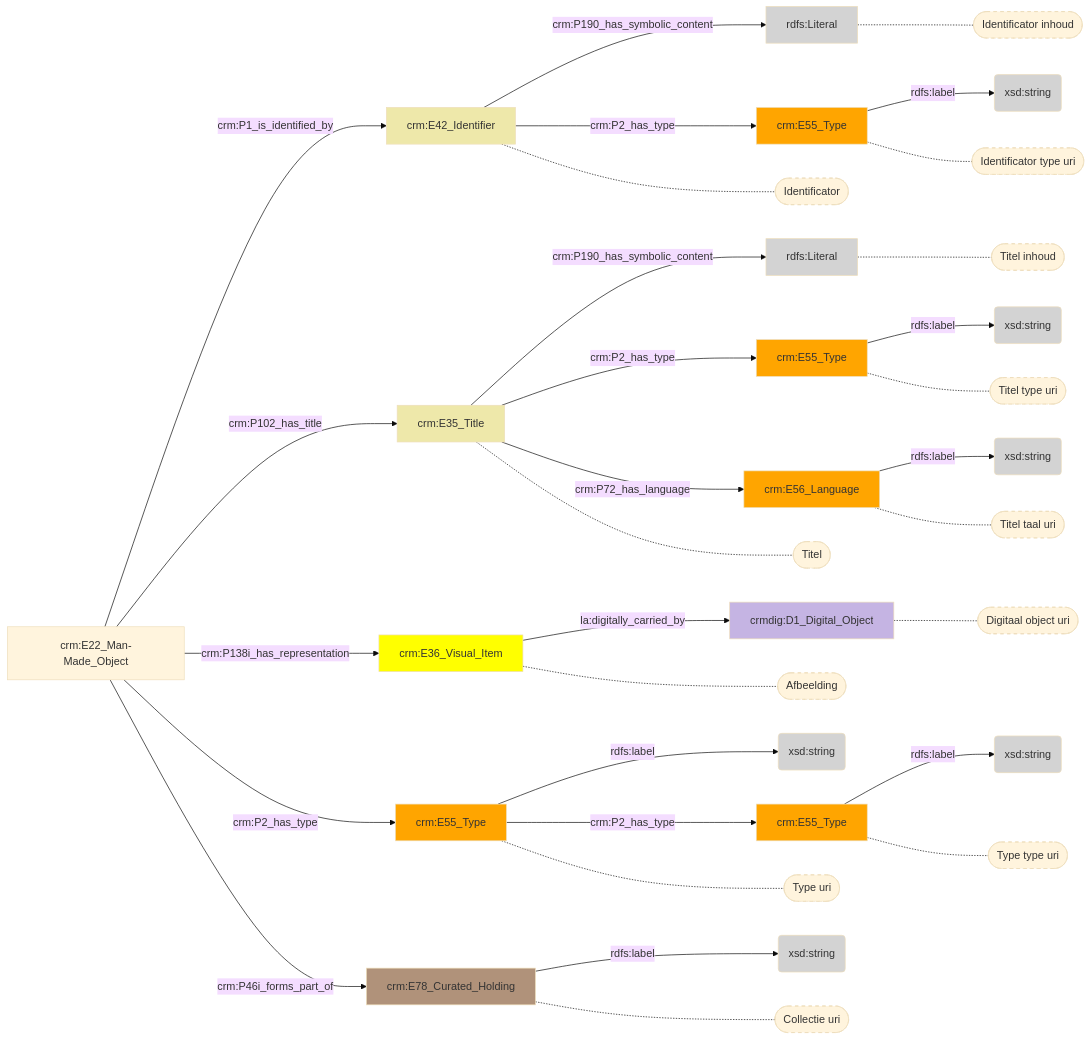
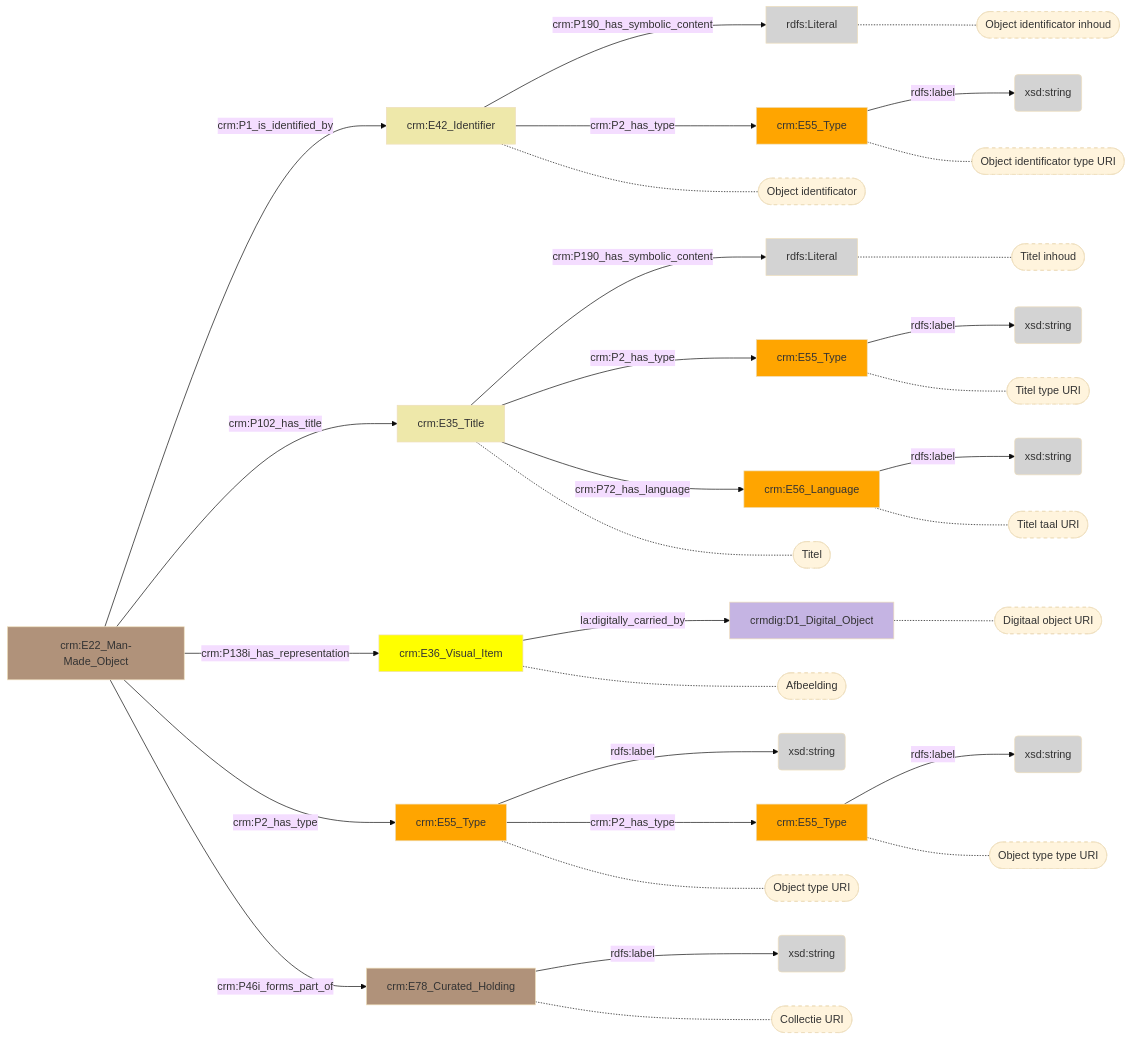
The diagram in docs/content/modellen/MuseologicalItem/Identificatie.md (digipolisantwerpdocumentation/antwerp-cultureel-erfgoed), drawn with Mermaid (base theme) before and after one commit. The commit also changed 29 other files, not shown here.

````diff
--- a/docs/content/modellen/MuseologicalItem/Identificatie.md
+++ b/docs/content/modellen/MuseologicalItem/Identificatie.md
@@ -1,63 +1,64 @@
 ```mermaid
 graph LR
 a0702a46-eda1-11ed-9232-00163e71351b["crm:E55_Type"]-->|"rdfs:label"|a070322a-eda1-11ed-9232-00163e71351b(xsd:string)
 a0702f0a-eda1-11ed-9232-00163e71351b["crm:E55_Type"]-->|"rdfs:label"|a07030ae-eda1-11ed-9232-00163e71351b(xsd:string)
 a97fe66c-eda1-11ed-a1e6-00163e71351b["crm:E35_Title"]-->|"crm:P190_has_symbolic_content"|a97feac2-eda1-11ed-a1e6-00163e71351b(rdfs:Literal)
 a97fe9a0-eda1-11ed-a1e6-00163e71351b["crm:E55_Type"]-->|"rdfs:label"|a97fed9c-eda1-11ed-a1e6-00163e71351b(xsd:string)
 a97fecac-eda1-11ed-a1e6-00163e71351b["crm:E56_Language"]-->|"rdfs:label"|a97febbc-eda1-11ed-a1e6-00163e71351b(xsd:string)
 d0d661c8-eda1-11ed-9655-00163e71351b["crm:E42_Identifier"]-->|"crm:P190_has_symbolic_content"|d0d6692a-eda1-11ed-9655-00163e71351b(rdfs:Literal)
 d0d66aba-eda1-11ed-9655-00163e71351b["crm:E55_Type"]-->|"rdfs:label"|d0d66754-eda1-11ed-9655-00163e71351b(xsd:string)
 f199cabe-466e-11ee-bc5c-00163e71351b["crm:E78_Curated_Holding"]-->|"rdfs:label"|ae34a220-46f6-11ee-bc5c-00163e71351b(xsd:string)
 a0702a46-eda1-11ed-9232-00163e71351b["crm:E55_Type"]-->|"crm:P2_has_type"|a0702f0a-eda1-11ed-9232-00163e71351b["crm:E55_Type"]
 a97fe66c-eda1-11ed-a1e6-00163e71351b["crm:E35_Title"]-->|"crm:P2_has_type"|a97fe9a0-eda1-11ed-a1e6-00163e71351b["crm:E55_Type"]
 a97fe66c-eda1-11ed-a1e6-00163e71351b["crm:E35_Title"]-->|"crm:P72_has_language"|a97fecac-eda1-11ed-a1e6-00163e71351b["crm:E56_Language"]
 d0d661c8-eda1-11ed-9655-00163e71351b["crm:E42_Identifier"]-->|"crm:P2_has_type"|d0d66aba-eda1-11ed-9655-00163e71351b["crm:E55_Type"]
 fa957146-dd27-11ed-9655-00163e71351b["crm:E36_Visual_Item"]-->|"la:digitally_carried_by"|fa95c95c-dd27-11ed-9655-00163e71351b["crmdig:D1_Digital_Object"]
 fa95cea2-dd27-11ed-9655-00163e71351b["crm:E22_Man-Made_Object"]-->|"crm:P1_is_identified_by"|d0d661c8-eda1-11ed-9655-00163e71351b["crm:E42_Identifier"]
 fa95cea2-dd27-11ed-9655-00163e71351b["crm:E22_Man-Made_Object"]-->|"crm:P102_has_title"|a97fe66c-eda1-11ed-a1e6-00163e71351b["crm:E35_Title"]
 fa95cea2-dd27-11ed-9655-00163e71351b["crm:E22_Man-Made_Object"]-->|"crm:P138i_has_representation"|fa957146-dd27-11ed-9655-00163e71351b["crm:E36_Visual_Item"]
 fa95cea2-dd27-11ed-9655-00163e71351b["crm:E22_Man-Made_Object"]-->|"crm:P2_has_type"|a0702a46-eda1-11ed-9232-00163e71351b["crm:E55_Type"]
 fa95cea2-dd27-11ed-9655-00163e71351b["crm:E22_Man-Made_Object"]-->|"crm:P46i_forms_part_of"|f199cabe-466e-11ee-bc5c-00163e71351b["crm:E78_Curated_Holding"]
+a0702f0a-eda1-11ed-9232-00163e71351b["crm:E55_Type"]-.-a0702f0a-eda1-11ed-9232-00163e71351b_s(["Object type type URI"])
+a97feac2-eda1-11ed-a1e6-00163e71351b["rdfs:Literal"]-.-a97feac2-eda1-11ed-a1e6-00163e71351b_s(["Titel inhoud"])
+a97fe9a0-eda1-11ed-a1e6-00163e71351b["crm:E55_Type"]-.-a97fe9a0-eda1-11ed-a1e6-00163e71351b_s(["Titel type URI"])
+a97fecac-eda1-11ed-a1e6-00163e71351b["crm:E56_Language"]-.-a97fecac-eda1-11ed-a1e6-00163e71351b_s(["Titel taal URI"])
+d0d6692a-eda1-11ed-9655-00163e71351b["rdfs:Literal"]-.-d0d6692a-eda1-11ed-9655-00163e71351b_s(["Object identificator inhoud"])
+d0d66aba-eda1-11ed-9655-00163e71351b["crm:E55_Type"]-.-d0d66aba-eda1-11ed-9655-00163e71351b_s(["Object identificator type URI"])
+fa95c95c-dd27-11ed-9655-00163e71351b["crmdig:D1_Digital_Object"]-.-fa95c95c-dd27-11ed-9655-00163e71351b_s(["Digitaal object URI"])
+d0d661c8-eda1-11ed-9655-00163e71351b["crm:E42_Identifier"]-.-d0d661c8-eda1-11ed-9655-00163e71351b_s(["Object identificator"])
+a97fe66c-eda1-11ed-a1e6-00163e71351b["crm:E35_Title"]-.-a97fe66c-eda1-11ed-a1e6-00163e71351b_s(["Titel"])
+fa957146-dd27-11ed-9655-00163e71351b["crm:E36_Visual_Item"]-.-fa957146-dd27-11ed-9655-00163e71351b_s(["Afbeelding"])
+a0702a46-eda1-11ed-9232-00163e71351b["crm:E55_Type"]-.-a0702a46-eda1-11ed-9232-00163e71351b_s(["Object type URI"])
+f199cabe-466e-11ee-bc5c-00163e71351b["crm:E78_Curated_Holding"]-.-f199cabe-466e-11ee-bc5c-00163e71351b_s(["Collectie URI"])
 style a0702f0a-eda1-11ed-9232-00163e71351b_s stroke-dasharray: 5
 style a97feac2-eda1-11ed-a1e6-00163e71351b_s stroke-dasharray: 5
 style a97fe9a0-eda1-11ed-a1e6-00163e71351b_s stroke-dasharray: 5
 style a97fecac-eda1-11ed-a1e6-00163e71351b_s stroke-dasharray: 5
 style d0d6692a-eda1-11ed-9655-00163e71351b_s stroke-dasharray: 5
 style d0d66aba-eda1-11ed-9655-00163e71351b_s stroke-dasharray: 5
 style fa95c95c-dd27-11ed-9655-00163e71351b_s stroke-dasharray: 5
 style d0d661c8-eda1-11ed-9655-00163e71351b_s stroke-dasharray: 5
 style a97fe66c-eda1-11ed-a1e6-00163e71351b_s stroke-dasharray: 5
 style fa957146-dd27-11ed-9655-00163e71351b_s stroke-dasharray: 5
 style a0702a46-eda1-11ed-9232-00163e71351b_s stroke-dasharray: 5
 style f199cabe-466e-11ee-bc5c-00163e71351b_s stroke-dasharray: 5
-a0702f0a-eda1-11ed-9232-00163e71351b["crm:E55_Type"]-.-a0702f0a-eda1-11ed-9232-00163e71351b_s(["Type type uri"])
-a97feac2-eda1-11ed-a1e6-00163e71351b["rdfs:Literal"]-.-a97feac2-eda1-11ed-a1e6-00163e71351b_s(["Titel inhoud"])
-a97fe9a0-eda1-11ed-a1e6-00163e71351b["crm:E55_Type"]-.-a97fe9a0-eda1-11ed-a1e6-00163e71351b_s(["Titel type uri"])
-a97fecac-eda1-11ed-a1e6-00163e71351b["crm:E56_Language"]-.-a97fecac-eda1-11ed-a1e6-00163e71351b_s(["Titel taal uri"])
-d0d6692a-eda1-11ed-9655-00163e71351b["rdfs:Literal"]-.-d0d6692a-eda1-11ed-9655-00163e71351b_s(["Identificator inhoud"])
-d0d66aba-eda1-11ed-9655-00163e71351b["crm:E55_Type"]-.-d0d66aba-eda1-11ed-9655-00163e71351b_s(["Identificator type uri"])
-fa95c95c-dd27-11ed-9655-00163e71351b["crmdig:D1_Digital_Object"]-.-fa95c95c-dd27-11ed-9655-00163e71351b_s(["Digitaal object uri"])
-d0d661c8-eda1-11ed-9655-00163e71351b["crm:E42_Identifier"]-.-d0d661c8-eda1-11ed-9655-00163e71351b_s(["Identificator"])
-a97fe66c-eda1-11ed-a1e6-00163e71351b["crm:E35_Title"]-.-a97fe66c-eda1-11ed-a1e6-00163e71351b_s(["Titel"])
-fa957146-dd27-11ed-9655-00163e71351b["crm:E36_Visual_Item"]-.-fa957146-dd27-11ed-9655-00163e71351b_s(["Afbeelding"])
-a0702a46-eda1-11ed-9232-00163e71351b["crm:E55_Type"]-.-a0702a46-eda1-11ed-9232-00163e71351b_s(["Type uri"])
-f199cabe-466e-11ee-bc5c-00163e71351b["crm:E78_Curated_Holding"]-.-f199cabe-466e-11ee-bc5c-00163e71351b_s(["Collectie uri"])
 style a0702a46-eda1-11ed-9232-00163e71351b fill:#ffa500
 style a0702f0a-eda1-11ed-9232-00163e71351b fill:#ffa500
 style a07030ae-eda1-11ed-9232-00163e71351b fill:#D3D3D3
 style a070322a-eda1-11ed-9232-00163e71351b fill:#D3D3D3
 style a97fe66c-eda1-11ed-a1e6-00163e71351b fill:#EEE8AA
 style a97fe9a0-eda1-11ed-a1e6-00163e71351b fill:#ffa500
 style a97feac2-eda1-11ed-a1e6-00163e71351b fill:#D3D3D3
 style a97febbc-eda1-11ed-a1e6-00163e71351b fill:#D3D3D3
 style a97fecac-eda1-11ed-a1e6-00163e71351b fill:#ffa500
 style a97fed9c-eda1-11ed-a1e6-00163e71351b fill:#D3D3D3
 style ae34a220-46f6-11ee-bc5c-00163e71351b fill:#D3D3D3
 style d0d661c8-eda1-11ed-9655-00163e71351b fill:#EEE8AA
 style d0d66754-eda1-11ed-9655-00163e71351b fill:#D3D3D3
 style d0d6692a-eda1-11ed-9655-00163e71351b fill:#D3D3D3
 style d0d66aba-eda1-11ed-9655-00163e71351b fill:#ffa500
 style f199cabe-466e-11ee-bc5c-00163e71351b fill:#B0927A
 style fa957146-dd27-11ed-9655-00163e71351b fill:#ffff00
 style fa95c95c-dd27-11ed-9655-00163e71351b fill:#C5B4E3
+style fa95cea2-dd27-11ed-9655-00163e71351b fill:#B0927A
 ```
````
